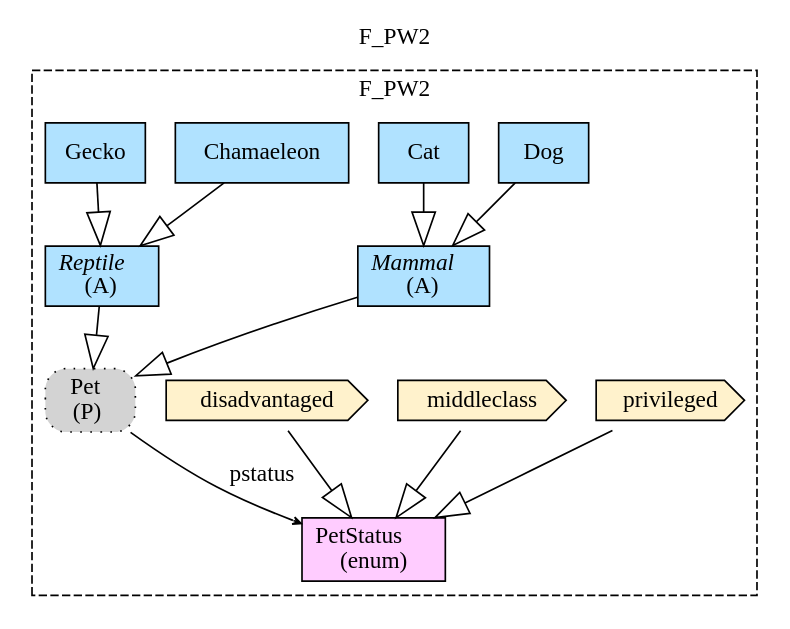
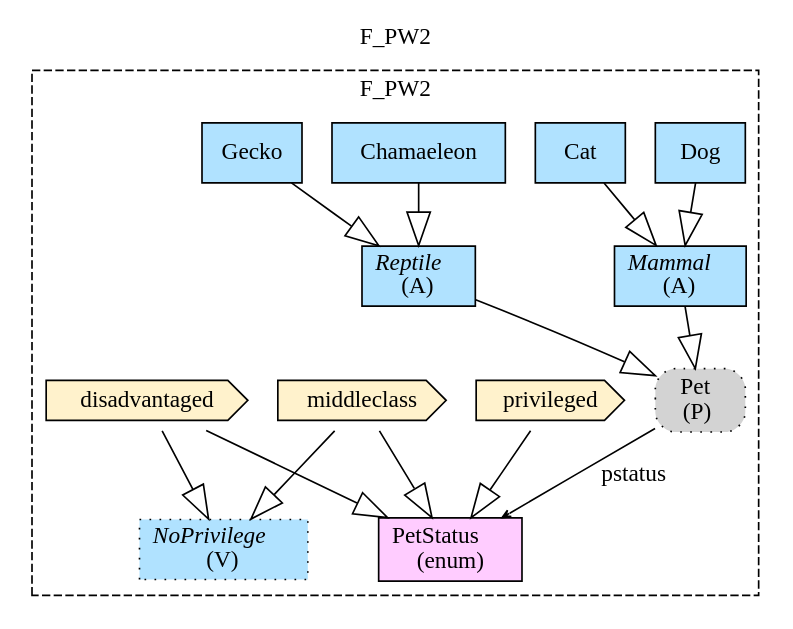
Before and after one commit to namalio/Fragmenta: the diagram in Haskell/FragmentaTests/PetsWorld/img/F_PW2.gv, drawn with Graphviz. The commit also changed 29 other files, not shown here.

```diff
--- a/Haskell/FragmentaTests/PetsWorld/img/F_PW2.gv
+++ b/Haskell/FragmentaTests/PetsWorld/img/F_PW2.gv
@@ -1,28 +1,31 @@
 digraph {graph[label=F_PW2,labelloc=tl,labelfontsize=12];
 subgraph cluster_F_PW2{style=dashed;label=F_PW2;
+"PPet"[shape=box,fillcolor=lightgray,style ="rounded,filled,dotted",label=<Pet<br/>(P)>];
+"Dog"[shape=record,fillcolor=lightskyblue1,style = filled,label="Dog"];
+"Cat"[shape=record,fillcolor=lightskyblue1,style = filled,label="Cat"];
+"Chamaeleon"[shape=record,fillcolor=lightskyblue1,style = filled,label="Chamaeleon"];
+"Gecko"[shape=record,fillcolor=lightskyblue1,style = filled,label="Gecko"];
+"Mammal"[shape=record,fillcolor=lightskyblue1,style = filled,label=<{<I>Mammal</I><br/>(A)}>];
+"Reptile"[shape=record,fillcolor=lightskyblue1,style = filled,label=<{<I>Reptile</I><br/>(A)}>];
 "privileged"[shape=cds,fillcolor="#FFF2CC",style = filled,label="privileged"];
 "middleclass"[shape=cds,fillcolor="#FFF2CC",style = filled,label="middleclass"];
 "disadvantaged"[shape=cds,fillcolor="#FFF2CC",style = filled,label="disadvantaged"];
 "PetStatus"[shape=record,fillcolor="#FFCCFF",style = filled,label="PetStatus\l(enum)"];
-"PPet"[shape=box,fillcolor=lightgray,style ="rounded,filled,dotted",label=<Pet<br/>(P)>];
-"Dog"[shape=record,fillcolor=lightskyblue1,style = filled,label="Dog"];
-"Cat"[shape=record,fillcolor=lightskyblue1,style = filled,label="Cat"];
-"Mammal"[shape=record,fillcolor=lightskyblue1,style = filled,label=<{<I>Mammal</I><br/>(A)}>];
-"Chamaeleon"[shape=record,fillcolor=lightskyblue1,style = filled,label="Chamaeleon"];
-"Gecko"[shape=record,fillcolor=lightskyblue1,style = filled,label="Gecko"];
-"Reptile"[shape=record,fillcolor=lightskyblue1,style = filled,label=<{<I>Reptile</I><br/>(A)}>];
+"NoPrivilege"[shape=record,fillcolor=lightskyblue1,style ="filled,dotted",label=<{<I>NoPrivilege</I><br/>(V)}>];
 
 "privileged"->"PetStatus"[arrowhead=onormal,arrowsize=2.0];
 "middleclass"->"PetStatus"[arrowhead=onormal,arrowsize=2.0];
 "disadvantaged"->"PetStatus"[arrowhead=onormal,arrowsize=2.0];
 "PPet"->"PetStatus"[label="pstatus",arrowhead=vee,headlabel="",arrowsize=.5];
 "Mammal"->"PPet"[arrowhead=onormal,arrowsize=2.0];
 "Reptile"->"PPet"[arrowhead=onormal,arrowsize=2.0];
 "Dog"->"Mammal"[arrowhead=onormal,arrowsize=2.0];
 "Cat"->"Mammal"[arrowhead=onormal,arrowsize=2.0];
 "Chamaeleon"->"Reptile"[arrowhead=onormal,arrowsize=2.0];
 "Gecko"->"Reptile"[arrowhead=onormal,arrowsize=2.0];
+"middleclass"->"NoPrivilege"[arrowhead=onormal,arrowsize=2.0];
+"disadvantaged"->"NoPrivilege"[arrowhead=onormal,arrowsize=2.0];
 
 }
 
 }
```
